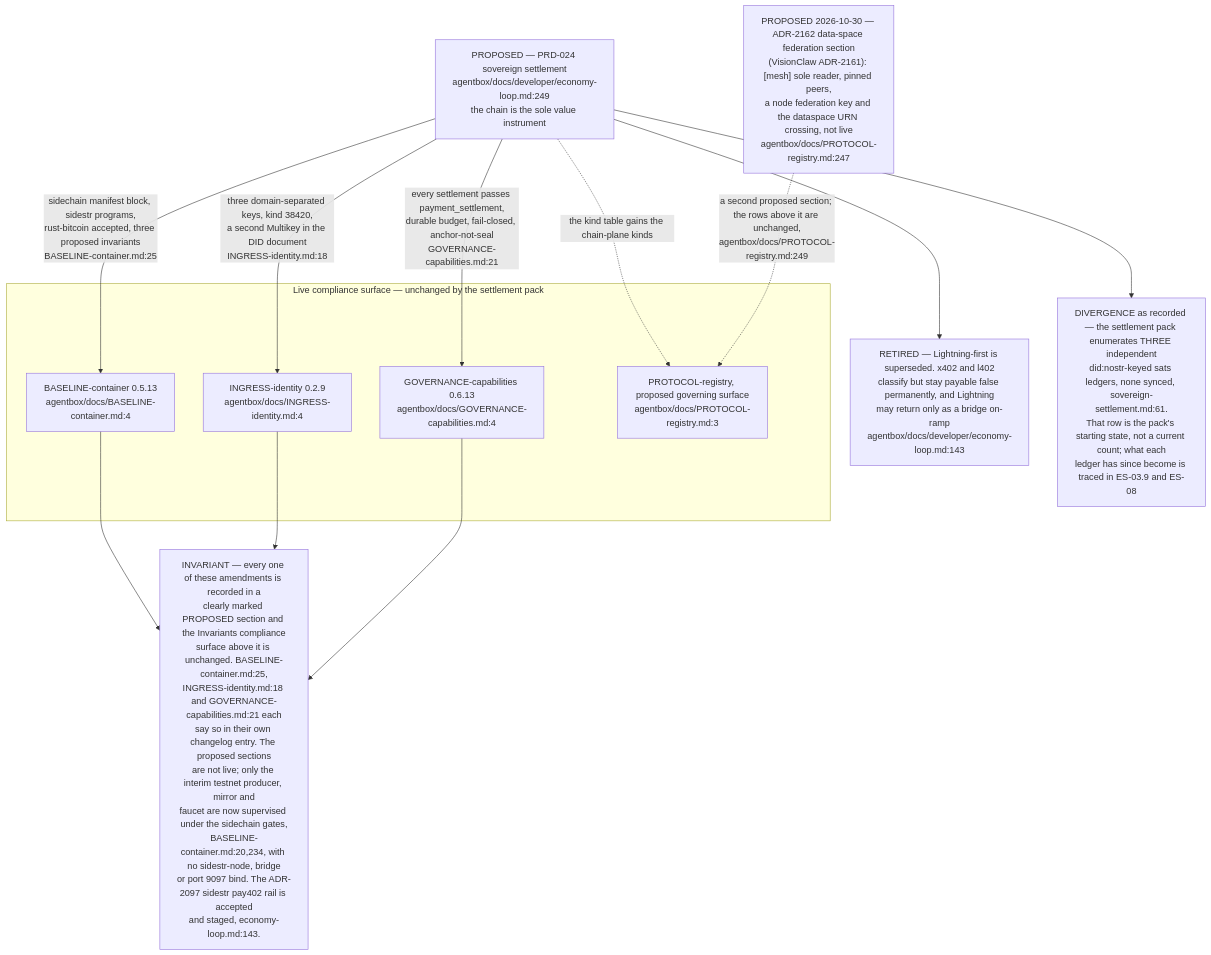
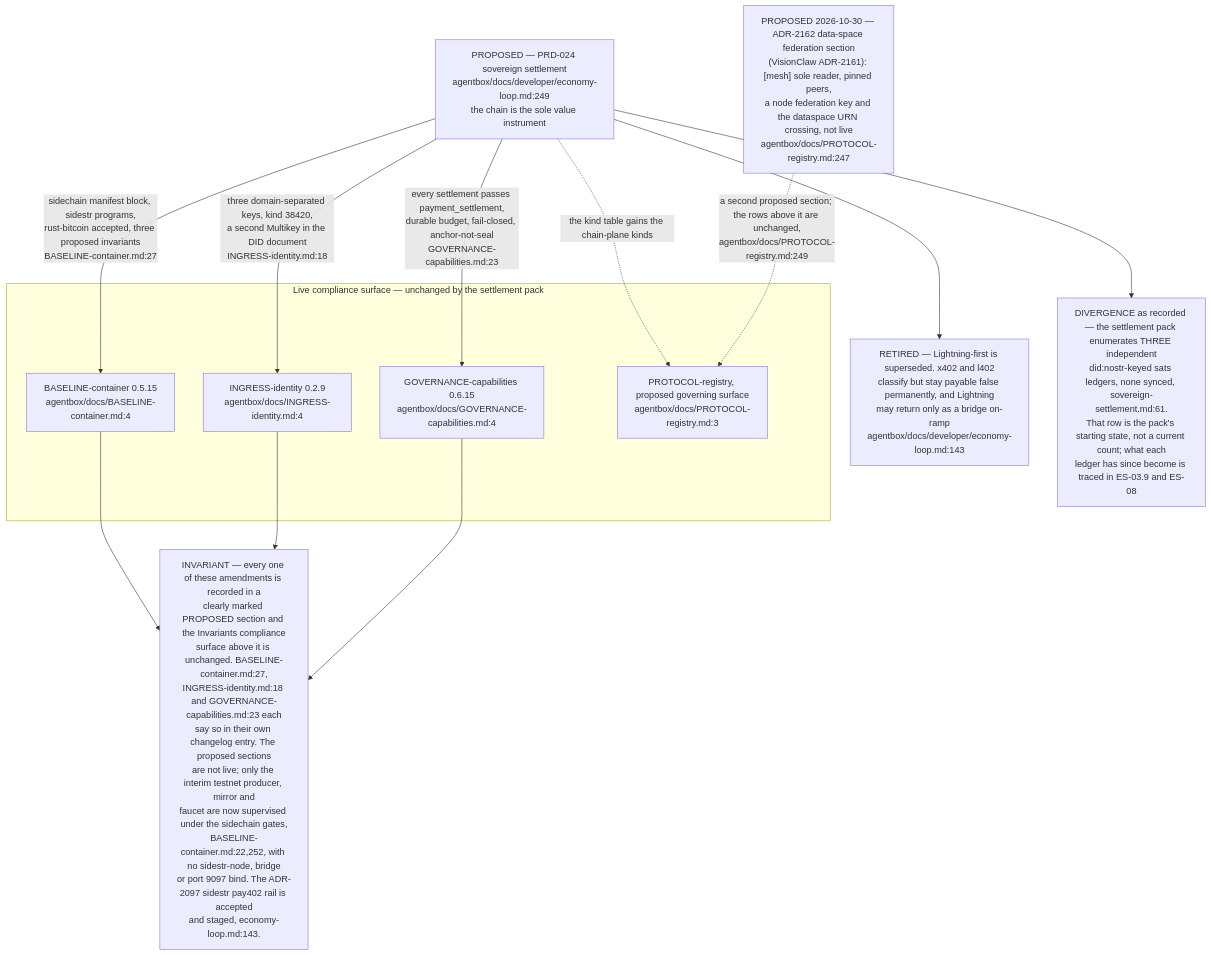
One commit to DreamLab-AI/VisionFlow changed the eighth of 8 diagrams in docs/diagrams/estate/01-estate-topology.md. Above: the diagram before and after it, drawn with Mermaid. The commit also changed other lines of this file and 49 other files, not shown here.

First line of the commit message:
docs(diagrams): re-derive and re-stamp VisionClaw, estate, knowledge-graph, visionGraph, VisionFlow and sidestr topics

````diff
--- a/docs/diagrams/estate/01-estate-topology.md
+++ b/docs/diagrams/estate/01-estate-topology.md
@@ -341,30 +341,30 @@
 ```mermaid
 flowchart TB
     subgraph LIVE["Live compliance surface — unchanged by the settlement pack"]
-        BC["BASELINE-container 0.5.13<br/>agentbox/docs/BASELINE-container.md:4"]
+        BC["BASELINE-container 0.5.15<br/>agentbox/docs/BASELINE-container.md:4"]
         IG["INGRESS-identity 0.2.9<br/>agentbox/docs/INGRESS-identity.md:4"]
-        GC["GOVERNANCE-capabilities 0.6.13<br/>agentbox/docs/GOVERNANCE-capabilities.md:4"]
+        GC["GOVERNANCE-capabilities 0.6.15<br/>agentbox/docs/GOVERNANCE-capabilities.md:4"]
         PR["PROTOCOL-registry, proposed governing surface<br/>agentbox/docs/PROTOCOL-registry.md:3"]
     end
 
     PRD["PROPOSED — PRD-024 sovereign settlement<br/>agentbox/docs/developer/economy-loop.md:249<br/>the chain is the sole value instrument"]
 
-    PRD -->|"sidechain manifest block, sidestr programs,<br/>rust-bitcoin accepted, three proposed invariants<br/>BASELINE-container.md:25"| BC
+    PRD -->|"sidechain manifest block, sidestr programs,<br/>rust-bitcoin accepted, three proposed invariants<br/>BASELINE-container.md:27"| BC
     PRD -->|"three domain-separated keys, kind 38420,<br/>a second Multikey in the DID document<br/>INGRESS-identity.md:18"| IG
-    PRD -->|"every settlement passes payment_settlement,<br/>durable budget, fail-closed, anchor-not-seal<br/>GOVERNANCE-capabilities.md:21"| GC
+    PRD -->|"every settlement passes payment_settlement,<br/>durable budget, fail-closed, anchor-not-seal<br/>GOVERNANCE-capabilities.md:23"| GC
     PRD -.->|"the kind table gains the chain-plane kinds"| PR
 
     FED["PROPOSED 2026-10-30 — ADR-2162 data-space federation section<br/>(VisionClaw ADR-2161): [mesh] sole reader, pinned peers,<br/>a node federation key and the dataspace URN crossing, not live<br/>agentbox/docs/PROTOCOL-registry.md:247"]
     FED -.->|"a second proposed section; the rows above it are unchanged,<br/>agentbox/docs/PROTOCOL-registry.md:249"| PR
 
     RET["RETIRED — Lightning-first is superseded. x402 and l402<br/>classify but stay payable false permanently, and Lightning<br/>may return only as a bridge on-ramp<br/>agentbox/docs/developer/economy-loop.md:143"]
     PRD --> RET
 
-    INV["INVARIANT — every one of these amendments is recorded in a<br/>clearly marked PROPOSED section and the Invariants compliance<br/>surface above it is unchanged. BASELINE-container.md:25,<br/>INGRESS-identity.md:18 and GOVERNANCE-capabilities.md:21 each<br/>say so in their own changelog entry. The proposed sections<br/>are not live; only the interim testnet producer, mirror and<br/>faucet are now supervised under the sidechain gates,<br/>BASELINE-container.md:20,234, with no sidestr-node, bridge<br/>or port 9097 bind. The ADR-2097 sidestr pay402 rail is accepted<br/>and staged, economy-loop.md:143."]
+    INV["INVARIANT — every one of these amendments is recorded in a<br/>clearly marked PROPOSED section and the Invariants compliance<br/>surface above it is unchanged. BASELINE-container.md:27,<br/>INGRESS-identity.md:18 and GOVERNANCE-capabilities.md:23 each<br/>say so in their own changelog entry. The proposed sections<br/>are not live; only the interim testnet producer, mirror and<br/>faucet are now supervised under the sidechain gates,<br/>BASELINE-container.md:22,252, with no sidestr-node, bridge<br/>or port 9097 bind. The ADR-2097 sidestr pay402 rail is accepted<br/>and staged, economy-loop.md:143."]
     BC --> INV
     IG --> INV
     GC --> INV
 
     LEDG["DIVERGENCE as recorded — the settlement pack enumerates THREE independent<br/>did:nostr-keyed sats ledgers, none synced, sovereign-settlement.md:61.<br/>That row is the pack's starting state, not a current count; what each<br/>ledger has since become is traced in ES-03.9 and ES-08"]
     PRD --> LEDG
 ```
````
